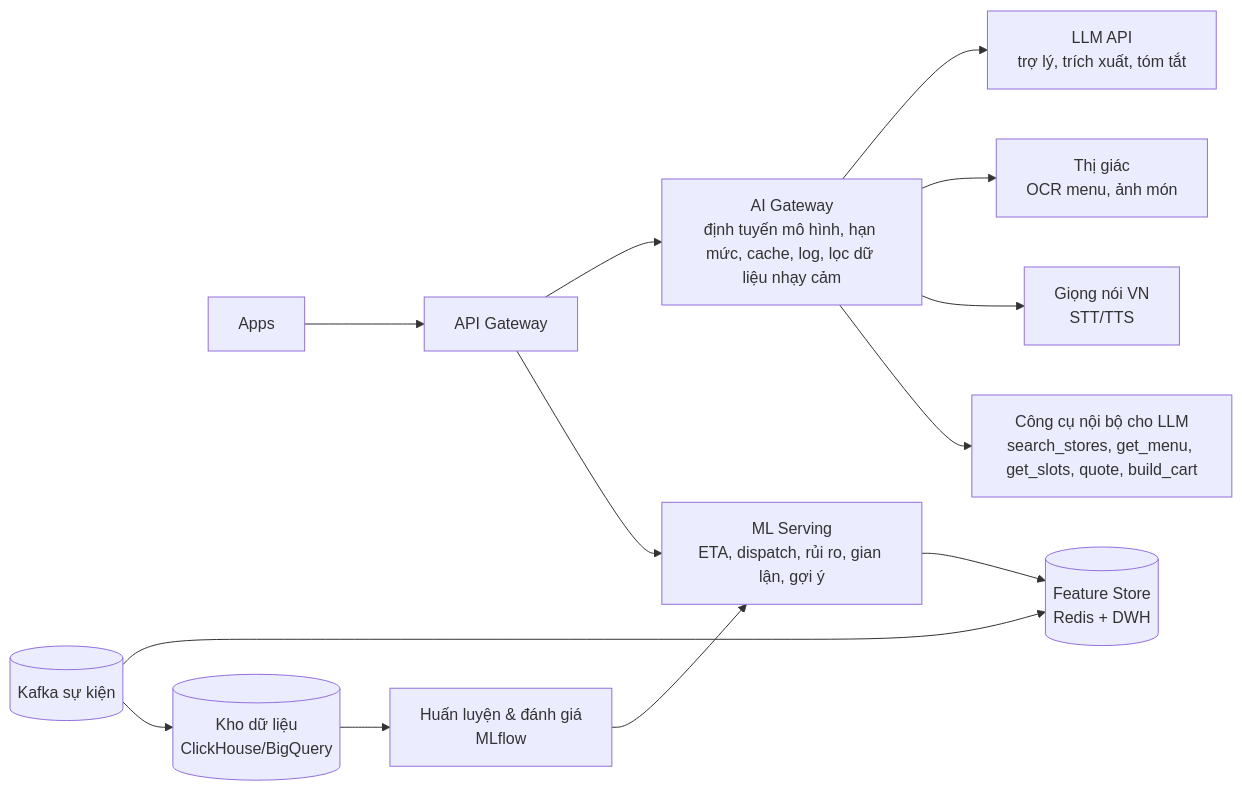
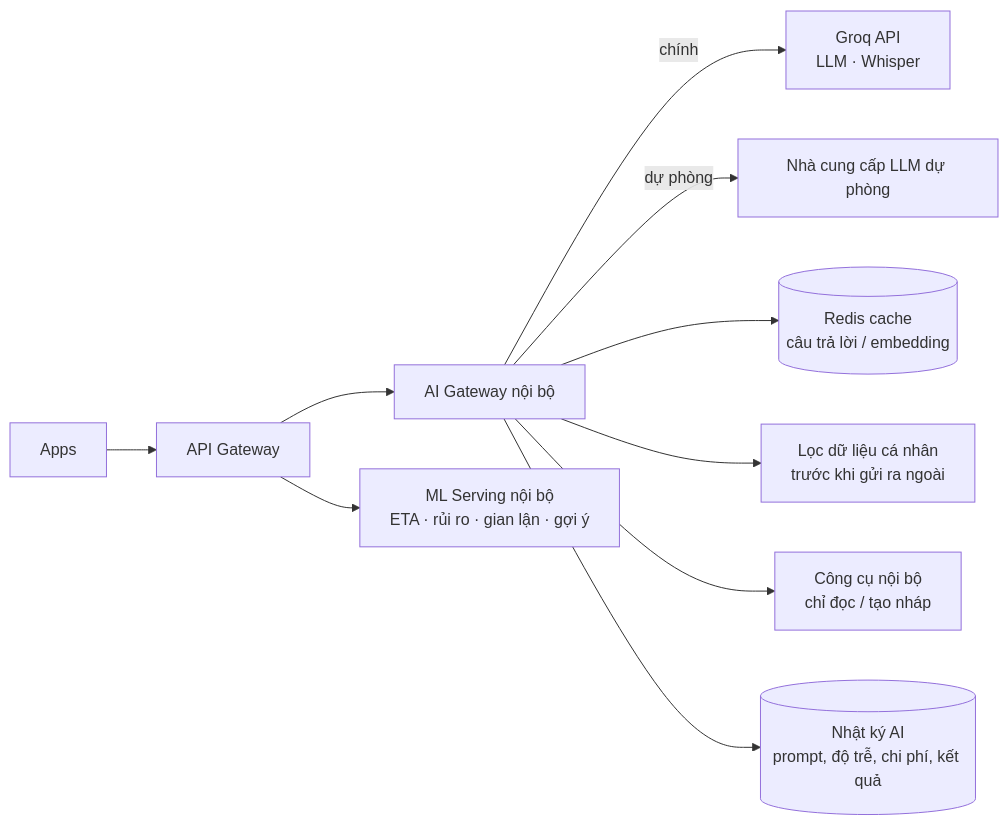
Before and after one commit to tuongspithue/tuongspithue: the diagram in docs/12-tich-hop-ai.md, drawn with Mermaid. The commit also changed other lines of this file and 12 other files, not shown here.

````diff
--- a/docs/12-tich-hop-ai.md
+++ b/docs/12-tich-hop-ai.md
@@ -75,15 +98,12 @@
 ```mermaid
 flowchart LR
     APP[Apps] --> GW[API Gateway]
-    GW --> AIGW[AI Gateway<br/>định tuyến mô hình, hạn mức, cache, log, lọc dữ liệu nhạy cảm]
-    AIGW --> LLM[LLM API<br/>trợ lý, trích xuất, tóm tắt]
-    AIGW --> VIS[Thị giác<br/>OCR menu, ảnh món]
-    AIGW --> STT[Giọng nói VN<br/>STT/TTS]
-    GW --> ML[ML Serving<br/>ETA, dispatch, rủi ro, gian lận, gợi ý]
-    ML --> FS[(Feature Store<br/>Redis + DWH)]
-    BUS[(Kafka sự kiện)] --> FS
-    BUS --> DWH[(Kho dữ liệu<br/>ClickHouse/BigQuery)]
-    DWH --> TRAIN[Huấn luyện & đánh giá<br/>MLflow]
-    TRAIN --> ML
-    AIGW --> TOOLS[Công cụ nội bộ cho LLM<br/>search_stores, get_menu, get_slots, quote, build_cart]
+    GW --> AIGW[AI Gateway nội bộ]
+    AIGW -->|chính| GROQ[Groq API<br/>LLM · Whisper]
+    AIGW -->|dự phòng| FB[Nhà cung cấp LLM dự phòng]
+    AIGW --> CACHE[(Redis cache<br/>câu trả lời / embedding)]
+    AIGW --> MASK[Lọc dữ liệu cá nhân<br/>trước khi gửi ra ngoài]
+    AIGW --> TOOLS[Công cụ nội bộ<br/>chỉ đọc / tạo nháp]
+    AIGW --> LOG[(Nhật ký AI<br/>prompt, độ trễ, chi phí, kết quả)]
+    GW --> ML[ML Serving nội bộ<br/>ETA · rủi ro · gian lận · gợi ý]
 ```
````
